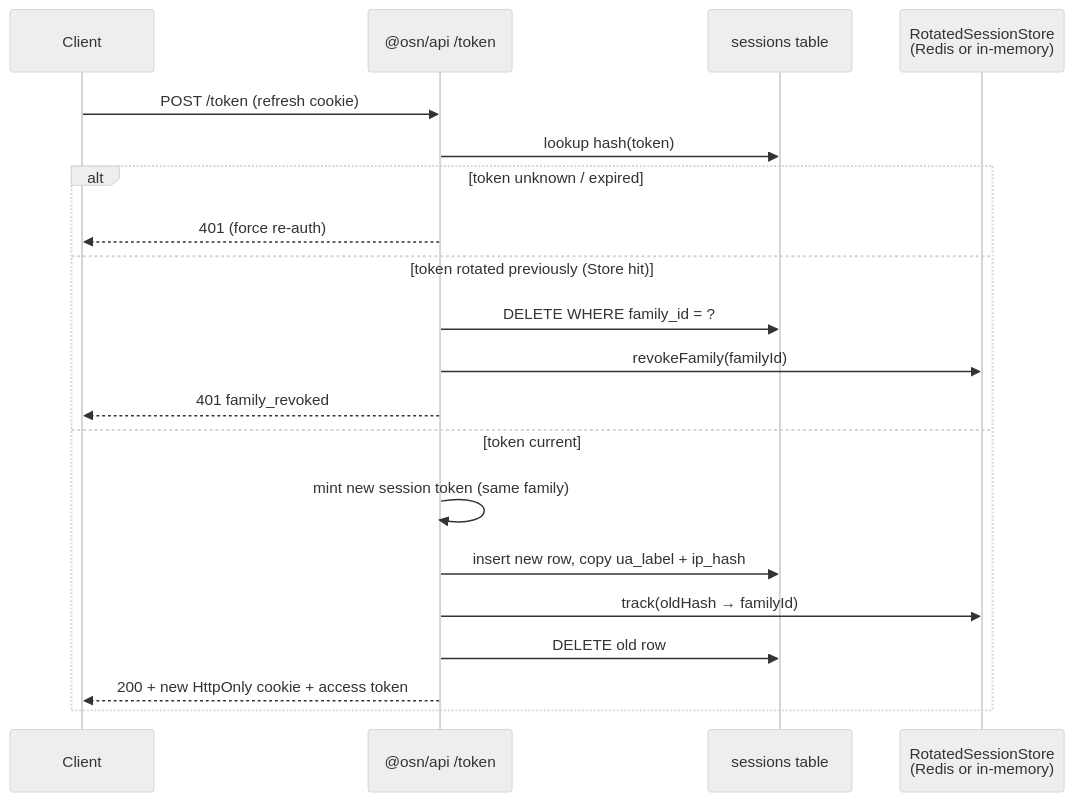
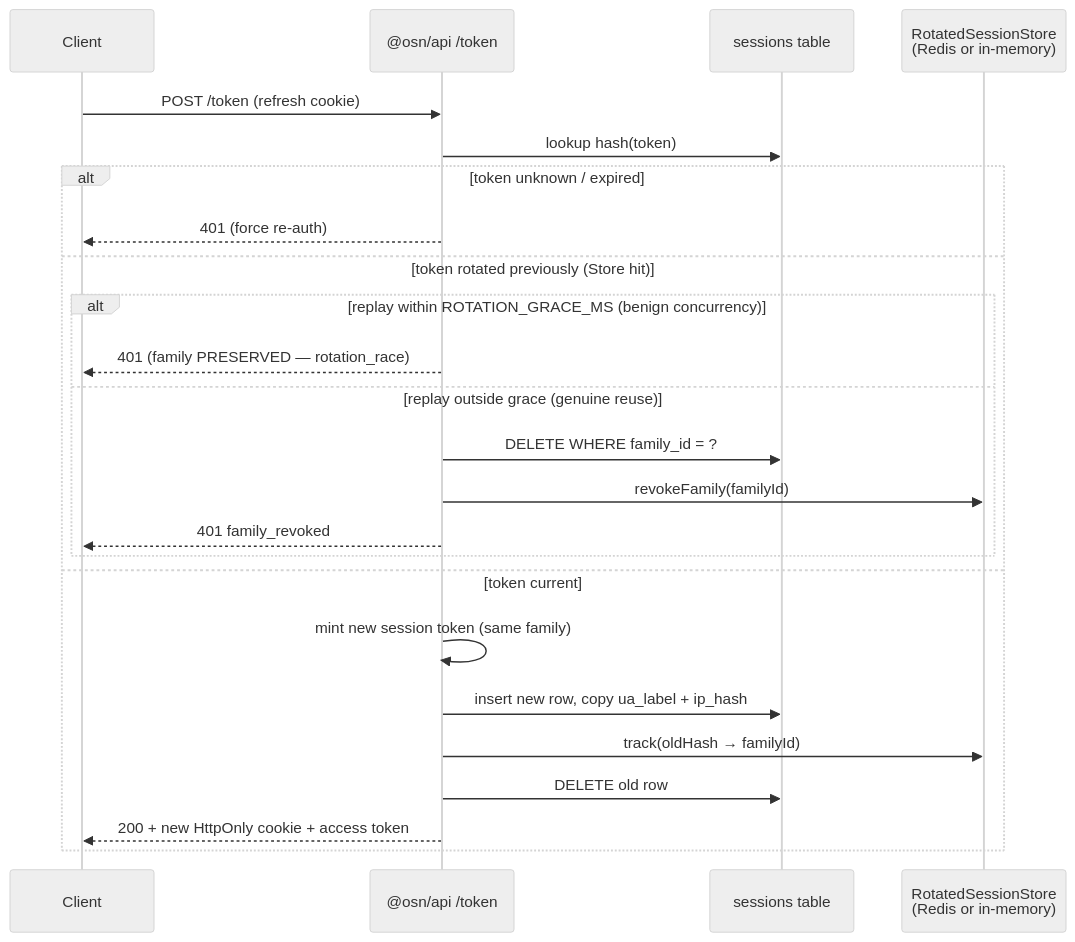
The diagram in wiki/systems/sessions.md (englishstreetventures/osn), drawn with Mermaid (neutral theme) before and after one commit. The commit also changed other lines of this file and 12 other files, not shown here.

````diff
--- a/wiki/systems/sessions.md
+++ b/wiki/systems/sessions.md
@@ -17,23 +17,27 @@
 ```mermaid
 sequenceDiagram
   participant Client
   participant API as @osn/api /token
   participant DB as sessions table
   participant Store as RotatedSessionStore<br/>(Redis or in-memory)
 
   Client->>API: POST /token (refresh cookie)
   API->>DB: lookup hash(token)
   alt token unknown / expired
     API-->>Client: 401 (force re-auth)
   else token rotated previously (Store hit)
-    API->>DB: DELETE WHERE family_id = ?
-    API->>Store: revokeFamily(familyId)
-    API-->>Client: 401 family_revoked
+    alt replay within ROTATION_GRACE_MS (benign concurrency)
+      API-->>Client: 401 (family PRESERVED — rotation_race)
+    else replay outside grace (genuine reuse)
+      API->>DB: DELETE WHERE family_id = ?
+      API->>Store: revokeFamily(familyId)
+      API-->>Client: 401 family_revoked
+    end
   else token current
     API->>API: mint new session token (same family)
     API->>DB: insert new row, copy ua_label + ip_hash
     API->>Store: track(oldHash → familyId)
     API->>DB: DELETE old row
     API-->>Client: 200 + new HttpOnly cookie + access token
   end
 ```
````
